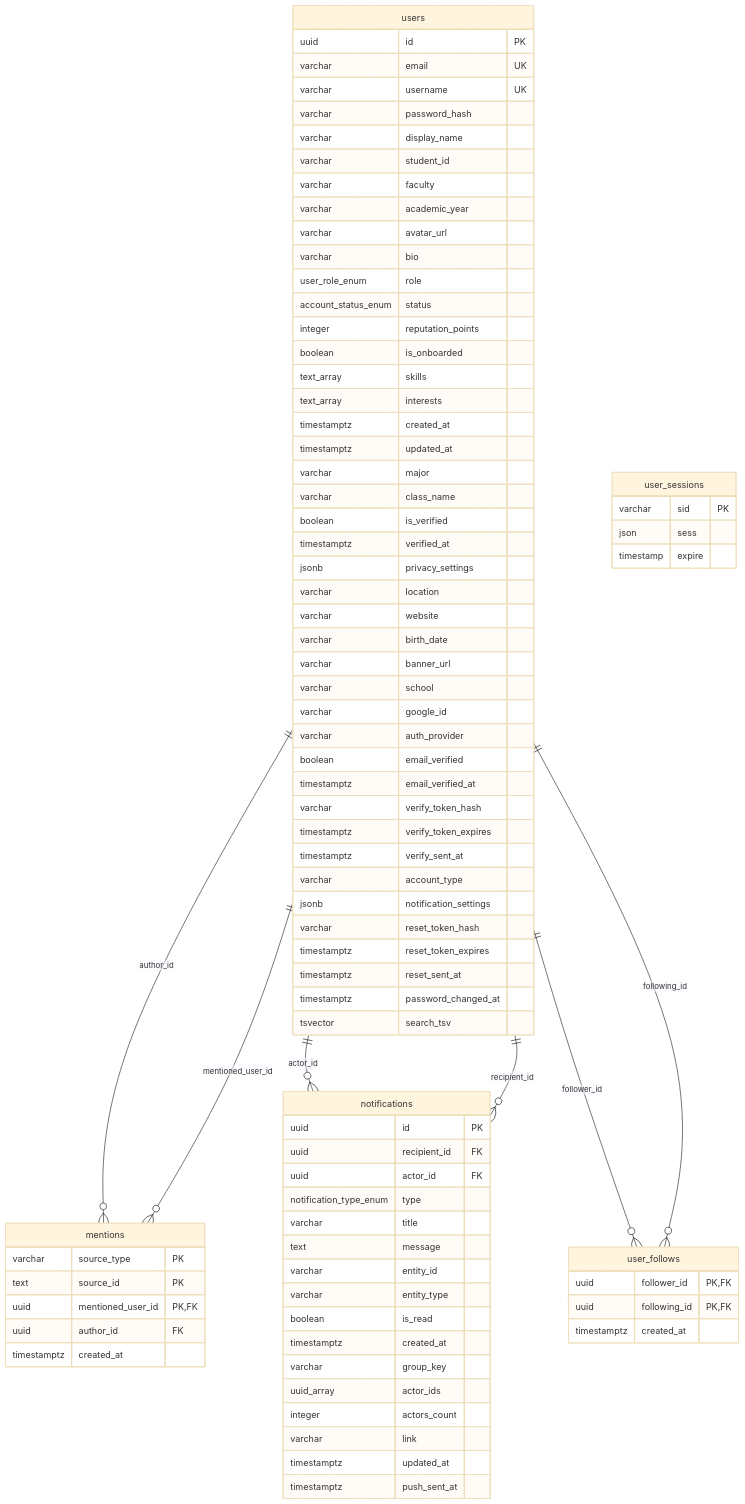
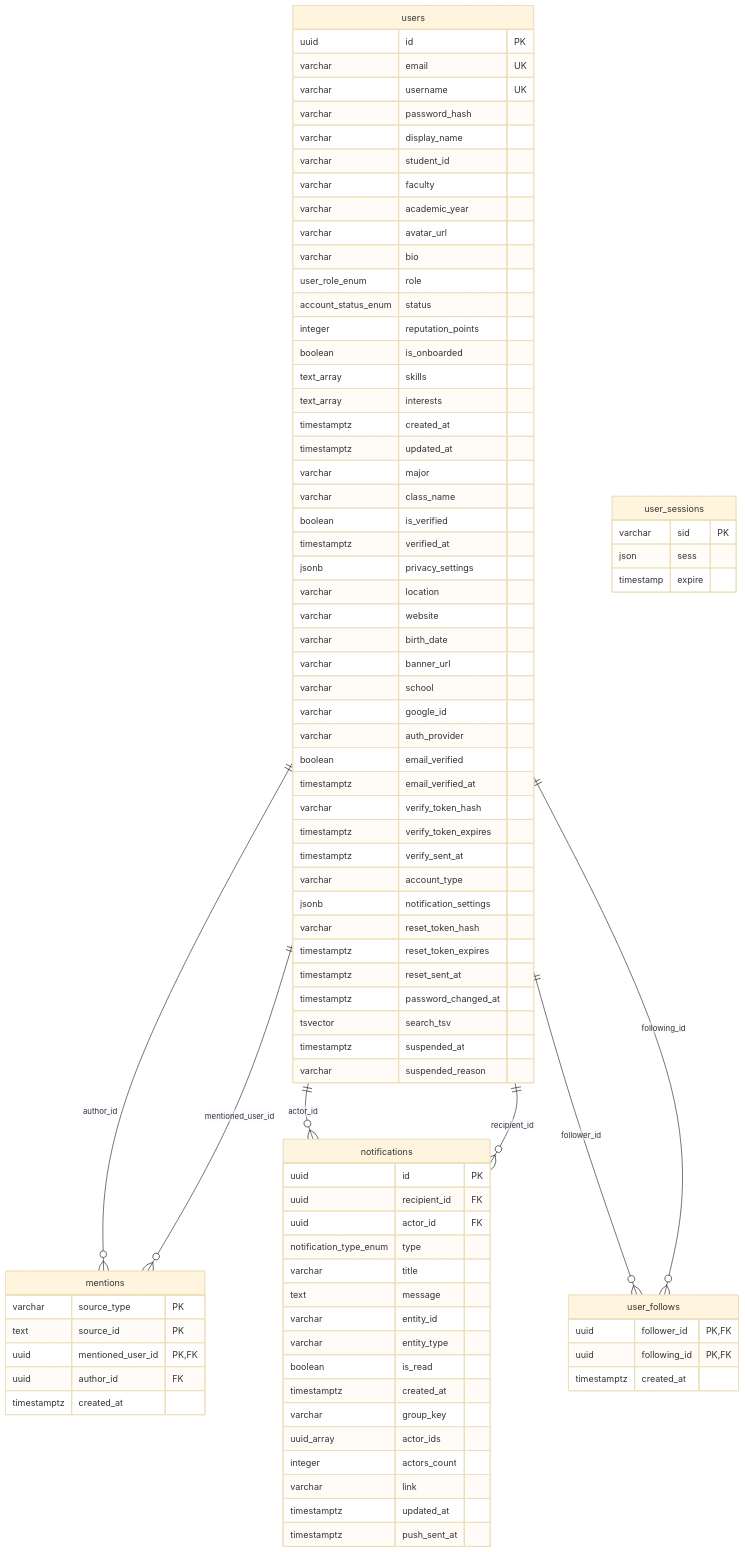
One commit to nhatcoi/pu-connect changed the second of 6 diagrams in docs/diagrams/04-erd.md. Above: the diagram before and after it, drawn with Mermaid (base theme). The commit also changed other lines of this file and 8 other files, not shown here.

Commit message:
docs: course hub, admin, messaging and AI, diagrams and ERD

```diff
--- a/docs/diagrams/04-erd.md
+++ b/docs/diagrams/04-erd.md
@@ -101,6 +112,8 @@
     timestamptz reset_sent_at
     timestamptz password_changed_at
     tsvector search_tsv
+    timestamptz suspended_at
+    varchar suspended_reason
   }
   user_follows {
     uuid follower_id PK,FK
```
